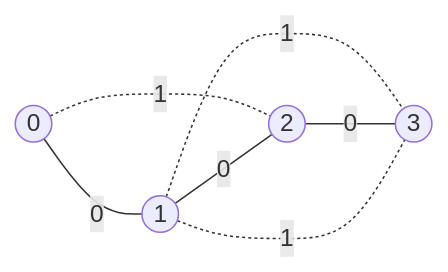
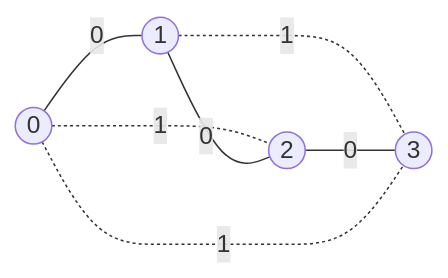
Before and after one commit to aacfox/RMST: the diagram in docs/CONTRIBUTING.md, drawn with Mermaid.

````diff
--- a/docs/CONTRIBUTING.md
+++ b/docs/CONTRIBUTING.md
@@ -23,10 +23,10 @@
 ```mermaid
 graph LR
   0((0)); 1((1)); 2((2)); 3((3))
   0-- 0 ---1
   0-. 1 ..-2
   1-- 0 ---2
   1-. 1 ..-3
   2-- 0 ---3
-  1-. 1 ..-3
+  0-. 1 ..-3
 ```
````
